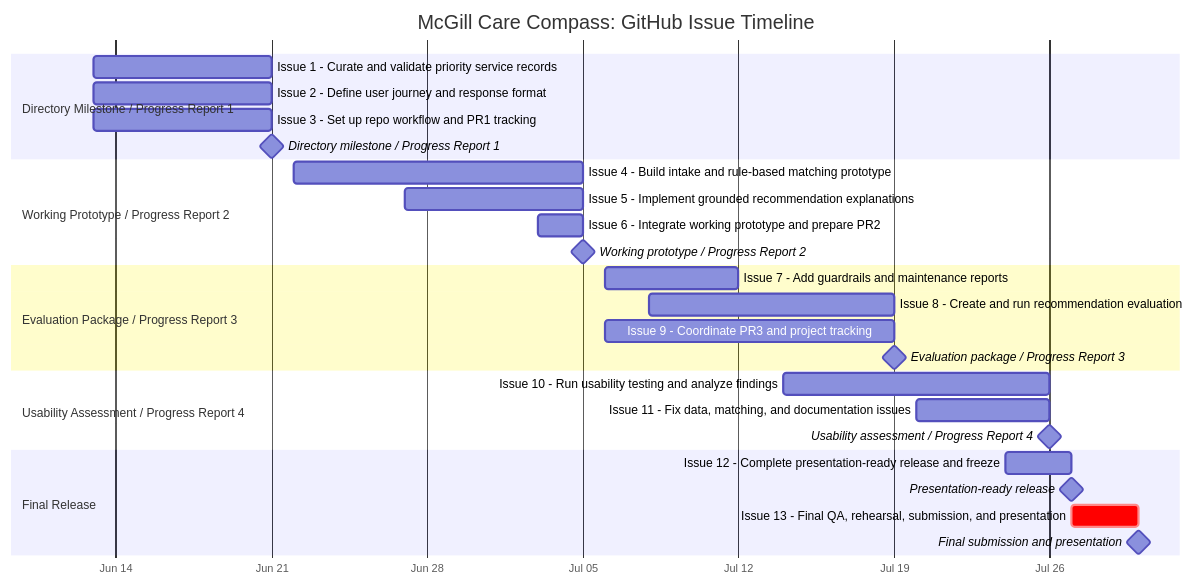
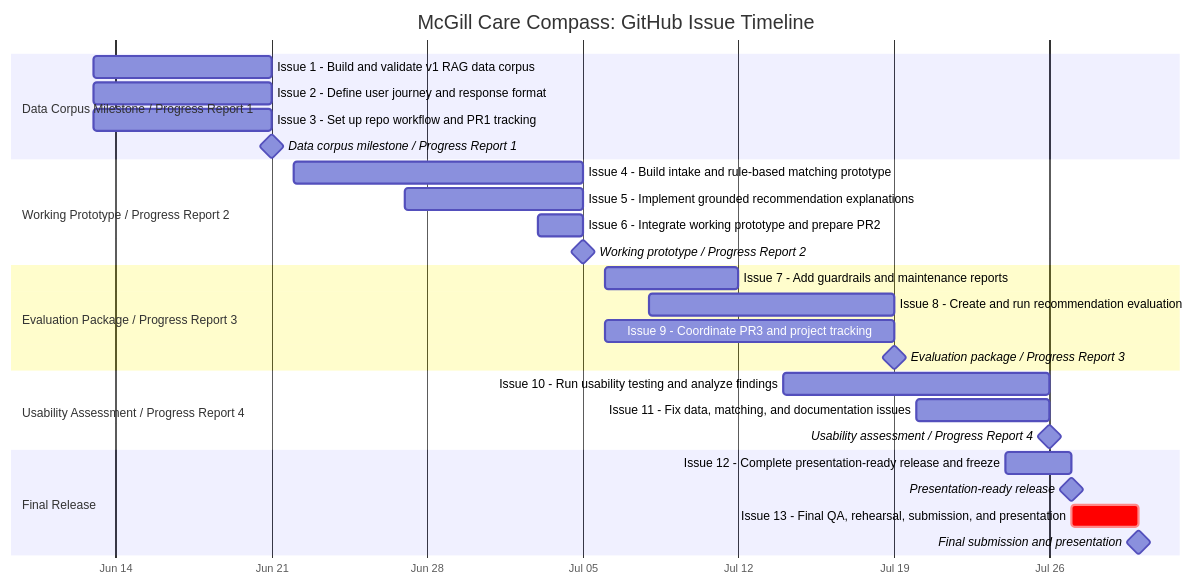
The diagram in docs/project/Project-Plan-High-Level.md (AbdelazizAhmed314/McGill-Care-Compass), drawn with Mermaid before and after one commit. The commit also changed other lines of this file and 86 other files, not shown here.

Commit message:
Build v1 RAG data pipeline

````diff
--- a/docs/project/Project-Plan-High-Level.md
+++ b/docs/project/Project-Plan-High-Level.md
@@ -29,35 +29,35 @@
 ```mermaid
 gantt
     title McGill Care Compass: GitHub Issue Timeline
     dateFormat  YYYY-MM-DD
     axisFormat  %b %d
 
-    section Directory Milestone / Progress Report 1
-    Issue 1 - Curate and validate priority service records       :i1, 2026-06-13, 2026-06-21
+    section Data Corpus Milestone / Progress Report 1
+    Issue 1 - Build and validate v1 RAG data corpus              :i1, 2026-06-13, 2026-06-21
     Issue 2 - Define user journey and response format            :i2, 2026-06-13, 2026-06-21
     Issue 3 - Set up repo workflow and PR1 tracking              :i3, 2026-06-13, 2026-06-21
-    Directory milestone / Progress Report 1                      :milestone, m1, 2026-06-21, 0d
+    Data corpus milestone / Progress Report 1                    :milestone, m1, 2026-06-21, 0d
 
     section Working Prototype / Progress Report 2
     Issue 4 - Build intake and rule-based matching prototype     :i4, 2026-06-22, 2026-07-05
     Issue 5 - Implement grounded recommendation explanations     :i5, 2026-06-27, 2026-07-05
     Issue 6 - Integrate working prototype and prepare PR2        :i6, 2026-07-03, 2026-07-05
     Working prototype / Progress Report 2                        :milestone, m2, 2026-07-05, 0d
 
     section Evaluation Package / Progress Report 3
     Issue 7 - Add guardrails and maintenance reports             :i7, 2026-07-06, 2026-07-12
     Issue 8 - Create and run recommendation evaluation           :i8, 2026-07-08, 2026-07-19
     Issue 9 - Coordinate PR3 and project tracking                :i9, 2026-07-06, 2026-07-19
     Evaluation package / Progress Report 3                       :milestone, m3, 2026-07-19, 0d
 
     section Usability Assessment / Progress Report 4
     Issue 10 - Run usability testing and analyze findings        :i10, 2026-07-14, 2026-07-26
     Issue 11 - Fix data, matching, and documentation issues      :i11, 2026-07-20, 2026-07-26
     Usability assessment / Progress Report 4                     :milestone, m4, 2026-07-26, 0d
 
     section Final Release
     Issue 12 - Complete presentation-ready release and freeze    :i12, 2026-07-24, 2026-07-27
     Presentation-ready release                                   :milestone, m5, 2026-07-27, 0d
     Issue 13 - Final QA, rehearsal, submission, and presentation :crit, i13, 2026-07-27, 2026-07-30
     Final submission and presentation                            :milestone, m6, 2026-07-30, 0d
 ```
````
